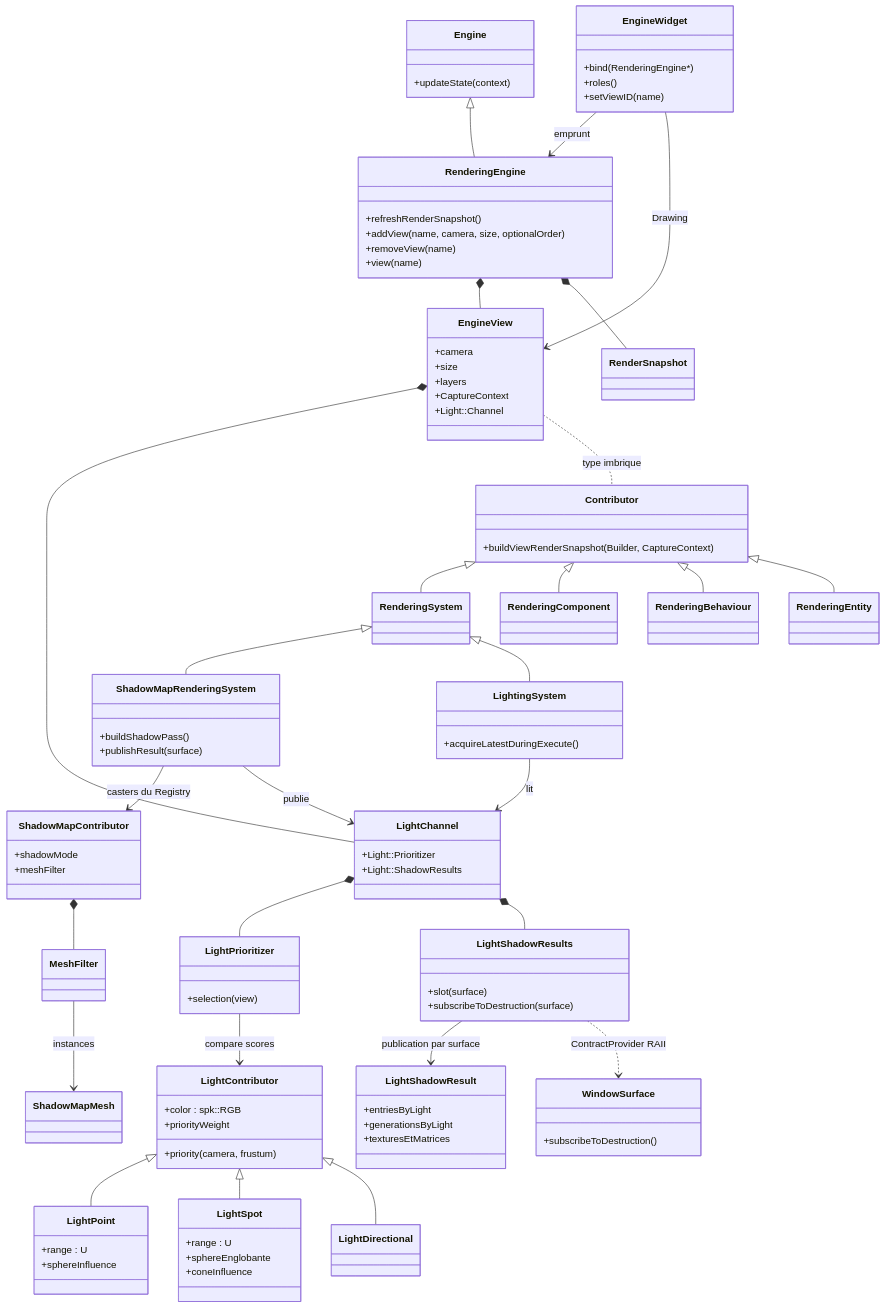
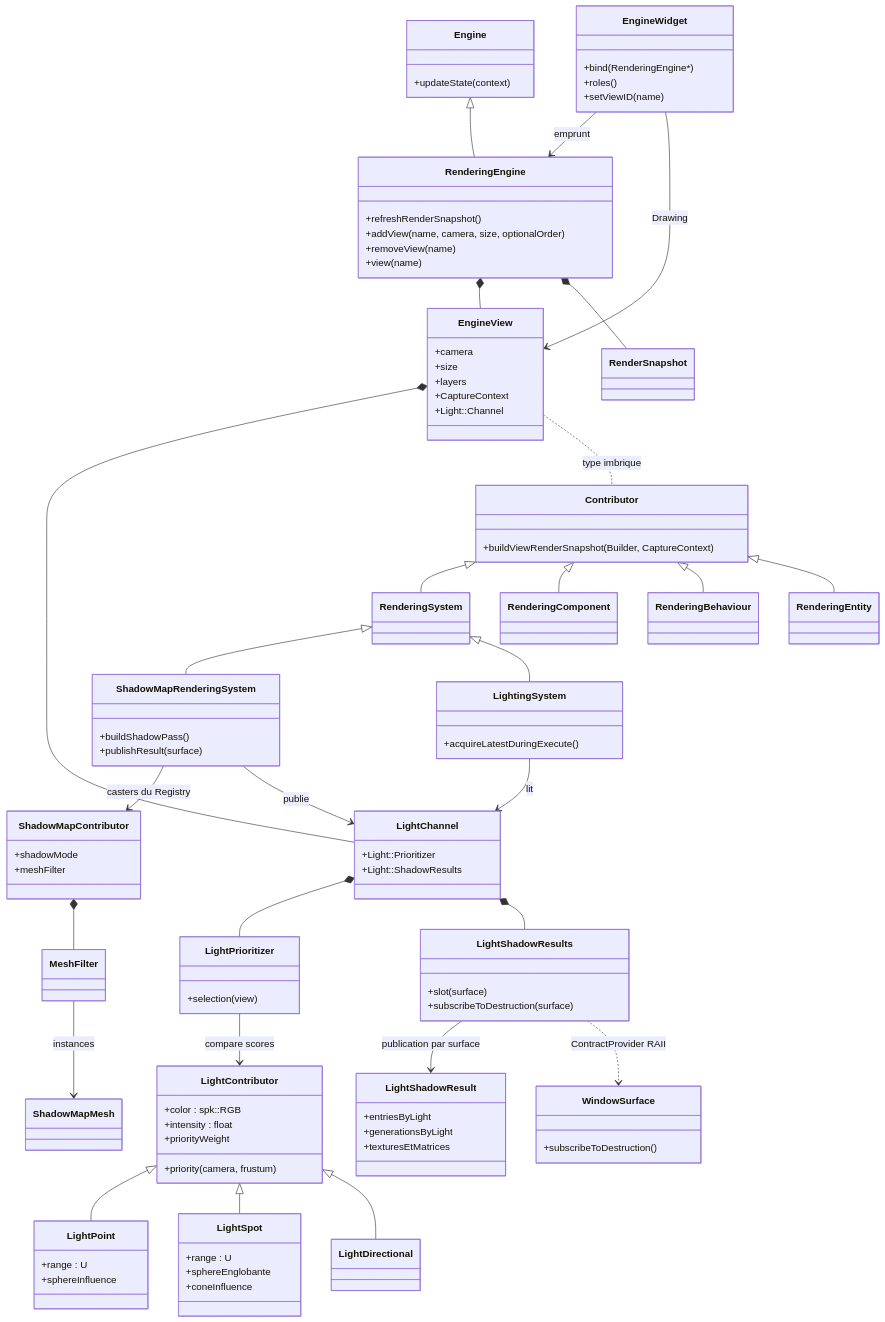
Before and after one commit to EreliaStudio/Sparkle: the first of 9 diagrams in docs/voxel-engine-v0.1.4/07-vues-et-passes.md, drawn with Mermaid.

Commit message:
docs(v0.1.4): synchronize captures and GPU consumers with revised light parameters

```diff
--- a/docs/voxel-engine-v0.1.4/07-vues-et-passes.md
+++ b/docs/voxel-engine-v0.1.4/07-vues-et-passes.md
@@ -51,6 +51,7 @@
   }
   class LightContributor {
     +color : spk::RGB
+    +intensity : float
     +priorityWeight
     +priority(camera, frustum)
   }
```
